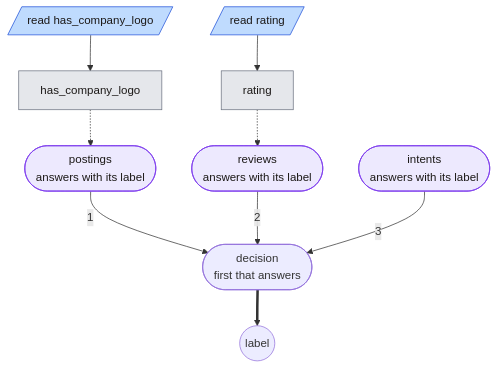
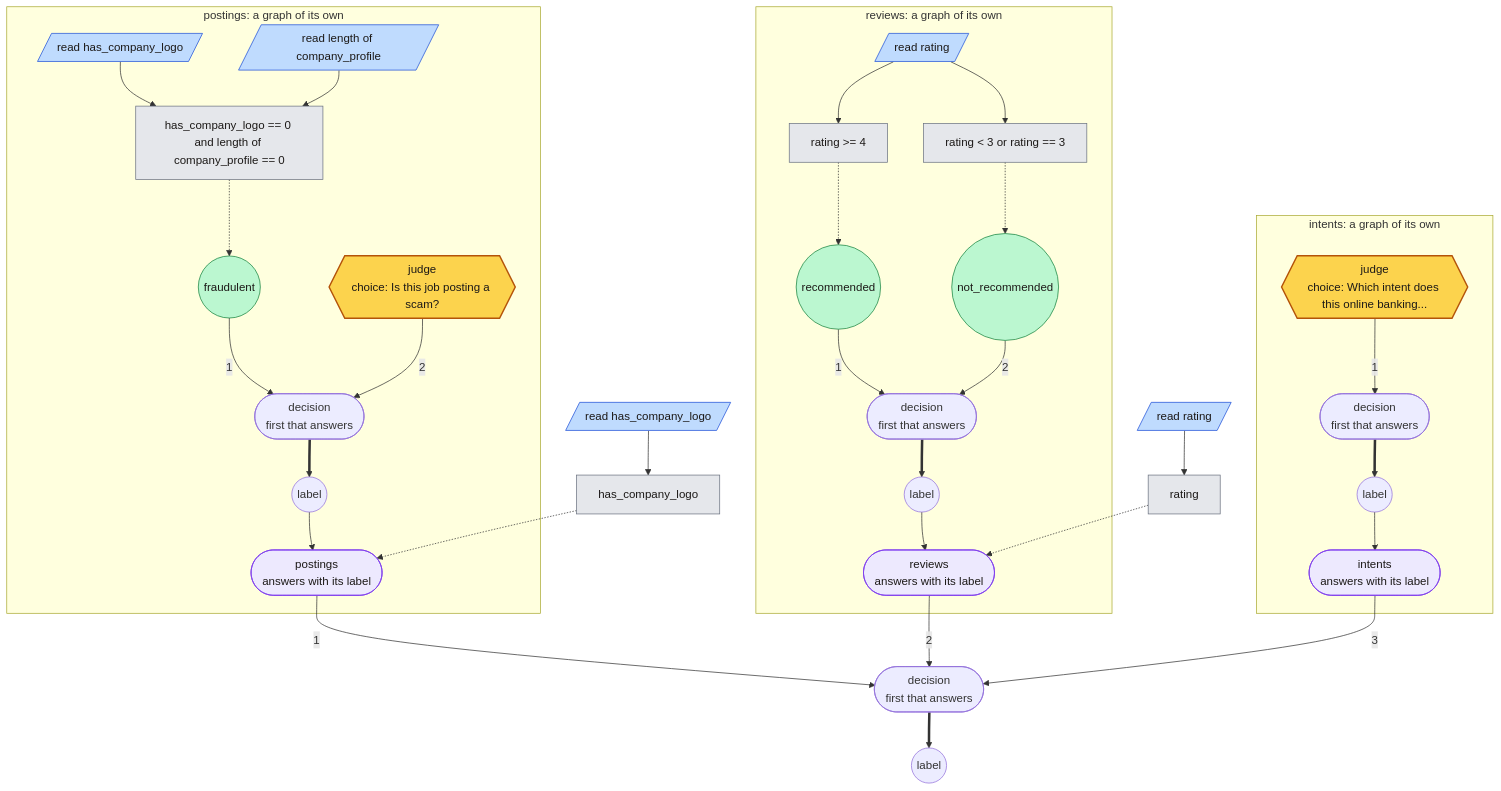
Before and after one commit to MCERQUA/rulesmith: the diagram in docs/maps.md, drawn with Mermaid. The commit also changed other lines of this file and 3 other files, not shown here.

````diff
--- a/docs/maps.md
+++ b/docs/maps.md
@@ -51,26 +52,71 @@
 ```mermaid
 flowchart TD
     n0[/"read has_company_logo"/]
+    subgraph n1_unit["postings: a graph of its own"]
+    n1_n0[/"read has_company_logo"/]
+    n1_n1[/"read length of company_profile"/]
+    n1_n2(("fraudulent"))
+    n1_n3{{"judge<br/>choice: Is this job posting a scam?"}}
+    n1_n4(["decision<br/>first that answers"])
+    n1_c0["has_company_logo == 0 and length of company_profile == 0"]
+    n1_n0 --> n1_c0
+    n1_n1 --> n1_c0
+    n1_c0 -.-> n1_n2
+    n1_n2 -->|"1"| n1_n4
+    n1_n3 -->|"2"| n1_n4
+    n1_o0(("label"))
+    n1_n4 ==> n1_o0
     n1(["postings<br/>answers with its label"])
+    n1_o0 --> n1
+    end
     n2[/"read rating"/]
+    subgraph n3_unit["reviews: a graph of its own"]
+    n3_n0[/"read rating"/]
+    n3_n1(("recommended"))
+    n3_n2(("not_recommended"))
+    n3_n3(["decision<br/>first that answers"])
+    n3_c0["rating >= 4"]
+    n3_n0 --> n3_c0
+    n3_c0 -.-> n3_n1
+    n3_c1["rating < 3 or rating == 3"]
+    n3_n0 --> n3_c1
+    n3_c1 -.-> n3_n2
+    n3_n1 -->|"1"| n3_n3
+    n3_n2 -->|"2"| n3_n3
+    n3_o0(("label"))
+    n3_n3 ==> n3_o0
     n3(["reviews<br/>answers with its label"])
+    n3_o0 --> n3
+    end
+    subgraph n4_unit["intents: a graph of its own"]
+    n4_n0{{"judge<br/>choice: Which intent does this online banking..."}}
+    n4_n1(["decision<br/>first that answers"])
+    n4_n0 -->|"1"| n4_n1
+    n4_o0(("label"))
+    n4_n1 ==> n4_o0
     n4(["intents<br/>answers with its label"])
+    n4_o0 --> n4
+    end
     n5(["decision<br/>first that answers"])
     c0["has_company_logo"]
     n0 --> c0
     c0 -.-> n1
     c1["rating"]
     n2 --> c1
     c1 -.-> n3
     n1 -->|"1"| n5
     n3 -->|"2"| n5
     n4 -->|"3"| n5
     o0(("label"))
     n5 ==> o0
+    classDef judge fill:#fcd34d,stroke:#b45309,stroke-width:2px,color:#1c1917
+    class n1_n3,n4_n0 judge
     classDef read fill:#bfdbfe,stroke:#1d4ed8,color:#1c1917
-    class n0,n2 read
+    class n1_n0,n1_n1,n3_n0,n0,n2 read
+    classDef rule fill:#bbf7d0,stroke:#15803d,color:#1c1917
+    class n1_n2,n3_n1,n3_n2 rule
     classDef unit fill:#ede9fe,stroke:#7c3aed,color:#1c1917
     class n1,n3,n4 unit
     classDef condition fill:#e5e7eb,stroke:#6b7280,color:#1c1917
-    class c0,c1 condition
+    class n1_c0,n3_c0,n3_c1,c0,c1 condition
 ```
````
